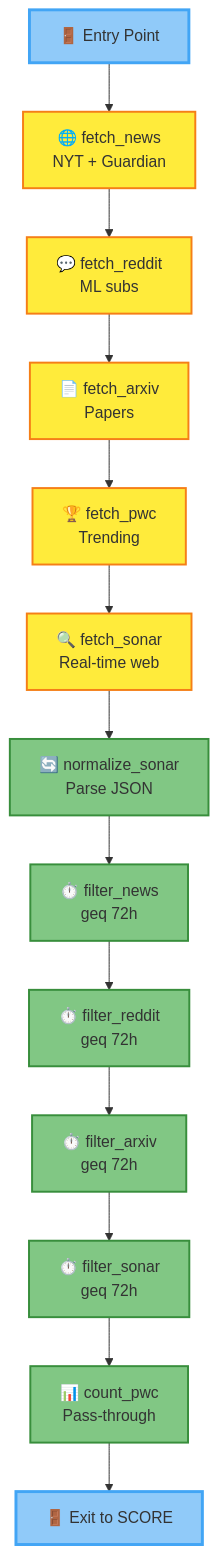
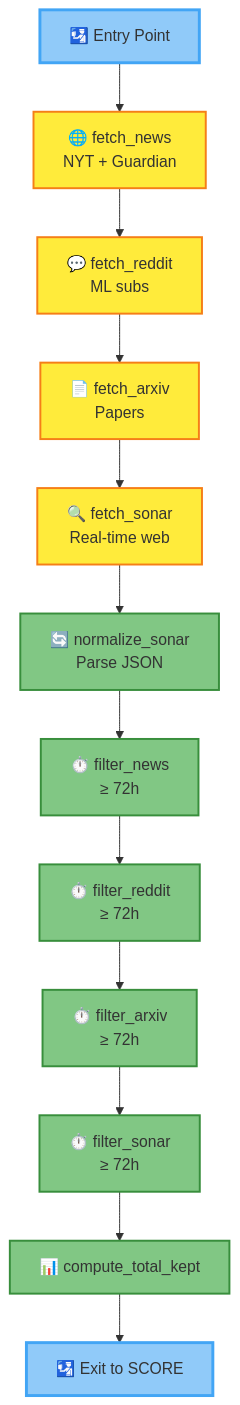
The second of 2 diagrams in workers/ai_curation/README.md (FranckDubray/dragonfly-mcp-server), drawn with Mermaid before and after one commit. The commit also changed other lines of this file and 70 other files, not shown here.

````diff
--- a/workers/ai_curation/README.md
+++ b/workers/ai_curation/README.md
@@ -98,43 +99,41 @@
 ```mermaid
 graph TB
-  entry[🚪 Entry Point]
+  entry[🛂 Entry Point]
   
   fetch_news[🌐 fetch_news<br>NYT + Guardian]
   fetch_reddit[💬 fetch_reddit<br>ML subs]
   fetch_arxiv[📄 fetch_arxiv<br>Papers]
-  fetch_pwc[🏆 fetch_pwc<br>Trending]
   fetch_sonar[🔍 fetch_sonar<br>Real-time web]
   
   normalize_sonar[🔄 normalize_sonar<br>Parse JSON]
   
-  filter_news[⏱️ filter_news<br>geq 72h]
-  filter_reddit[⏱️ filter_reddit<br>geq 72h]
-  filter_arxiv[⏱️ filter_arxiv<br>geq 72h]
-  filter_sonar[⏱️ filter_sonar<br>geq 72h]
+  filter_news[⏱️ filter_news<br>≥ 72h]
+  filter_reddit[⏱️ filter_reddit<br>≥ 72h]
+  filter_arxiv[⏱️ filter_arxiv<br>≥ 72h]
+  filter_sonar[⏱️ filter_sonar<br>≥ 72h]
   
-  count_pwc[📊 count_pwc<br>Pass-through]
-  exit[🚪 Exit to SCORE]
+  compute_total[📊 compute_total_kept]
+  exit[🛂 Exit to SCORE]
   
   entry-->fetch_news
   fetch_news-->fetch_reddit
   fetch_reddit-->fetch_arxiv
-  fetch_arxiv-->fetch_pwc
-  fetch_pwc-->fetch_sonar
+  fetch_arxiv-->fetch_sonar
   fetch_sonar-->normalize_sonar
   normalize_sonar-->filter_news
   filter_news-->filter_reddit
   filter_reddit-->filter_arxiv
   filter_arxiv-->filter_sonar
-  filter_sonar-->count_pwc
-  count_pwc-->exit
+  filter_sonar-->compute_total
+  compute_total-->exit
   
   class entry entryNode
   class exit exitNode
-  class fetch_news,fetch_reddit,fetch_arxiv,fetch_pwc,fetch_sonar ioNode
-  class normalize_sonar,filter_news,filter_reddit,filter_arxiv,filter_sonar,count_pwc transformNode
+  class fetch_news,fetch_reddit,fetch_arxiv,fetch_sonar ioNode
+  class normalize_sonar,filter_news,filter_reddit,filter_arxiv,filter_sonar,compute_total transformNode
   
   classDef entryNode fill:#90CAF9,stroke:#42A5F5,stroke-width:3px
   classDef exitNode fill:#90CAF9,stroke:#42A5F5,stroke-width:3px
   classDef ioNode fill:#FFEB3B,stroke:#F57F17,stroke-width:2px
   classDef transformNode fill:#81C784,stroke:#388E3C,stroke-width:2px
 ```
````
